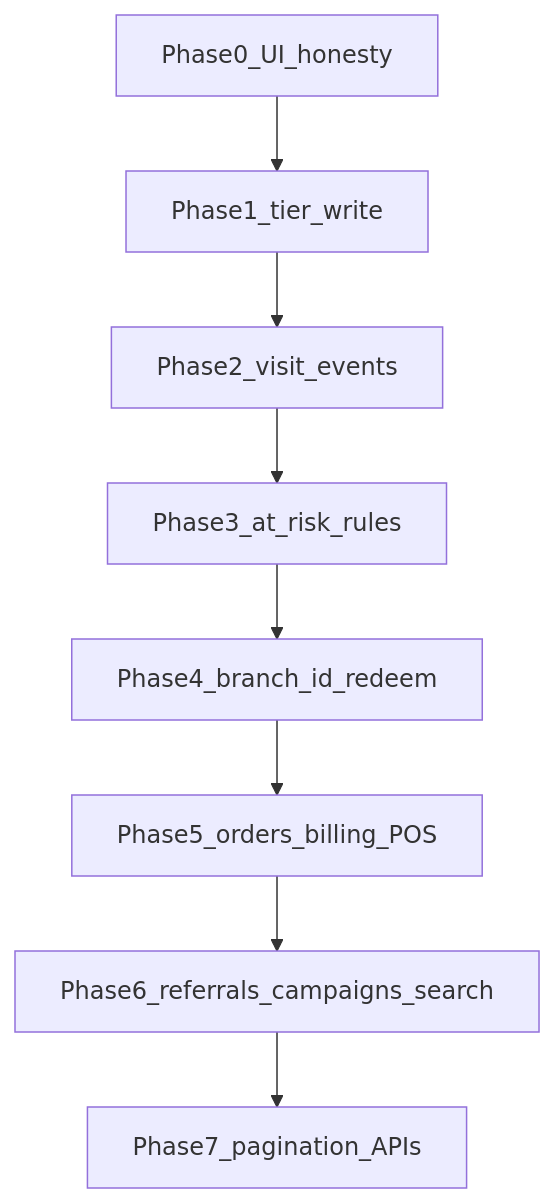
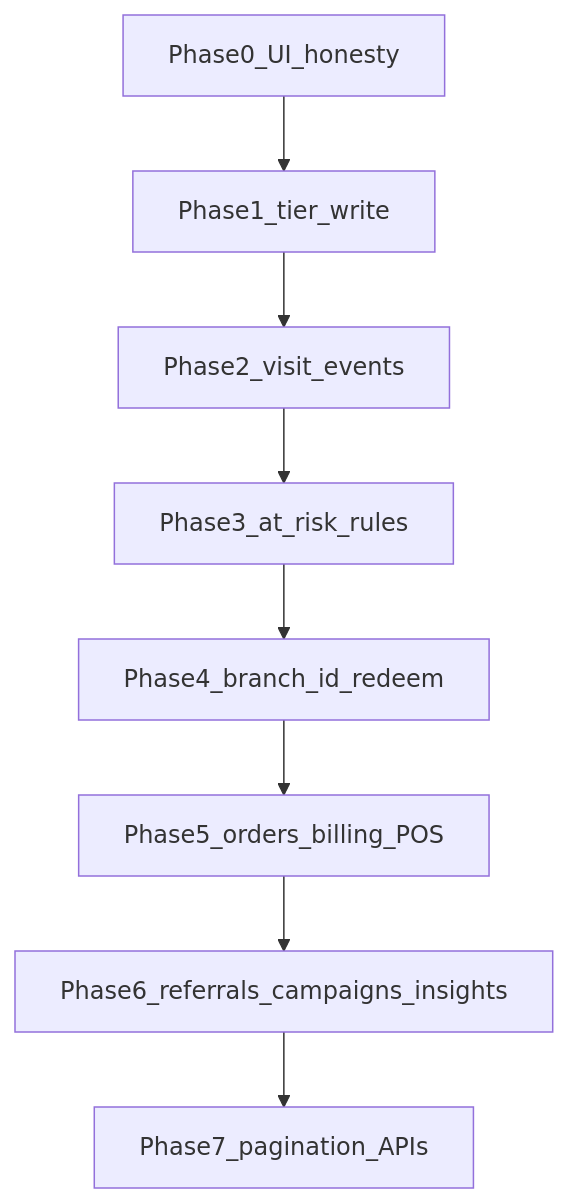
One commit to Ali-sherif/loyollo-web changed the diagram in docs/backend/remediation-roadmap.md. Above: the diagram before and after it, drawn with Mermaid. The commit also changed other lines of this file and 3 other files, not shown here.

````diff
--- a/docs/backend/remediation-roadmap.md
+++ b/docs/backend/remediation-roadmap.md
@@ -7,10 +7,10 @@
 ```mermaid
 flowchart TD
   P0[Phase0_UI_honesty] --> P1[Phase1_tier_write]
   P1 --> P2[Phase2_visit_events]
   P2 --> P3[Phase3_at_risk_rules]
   P3 --> P4[Phase4_branch_id_redeem]
   P4 --> P5[Phase5_orders_billing_POS]
-  P5 --> P6[Phase6_referrals_campaigns_search]
+  P5 --> P6[Phase6_referrals_campaigns_insights]
   P6 --> P7[Phase7_pagination_APIs]
 ```
````
